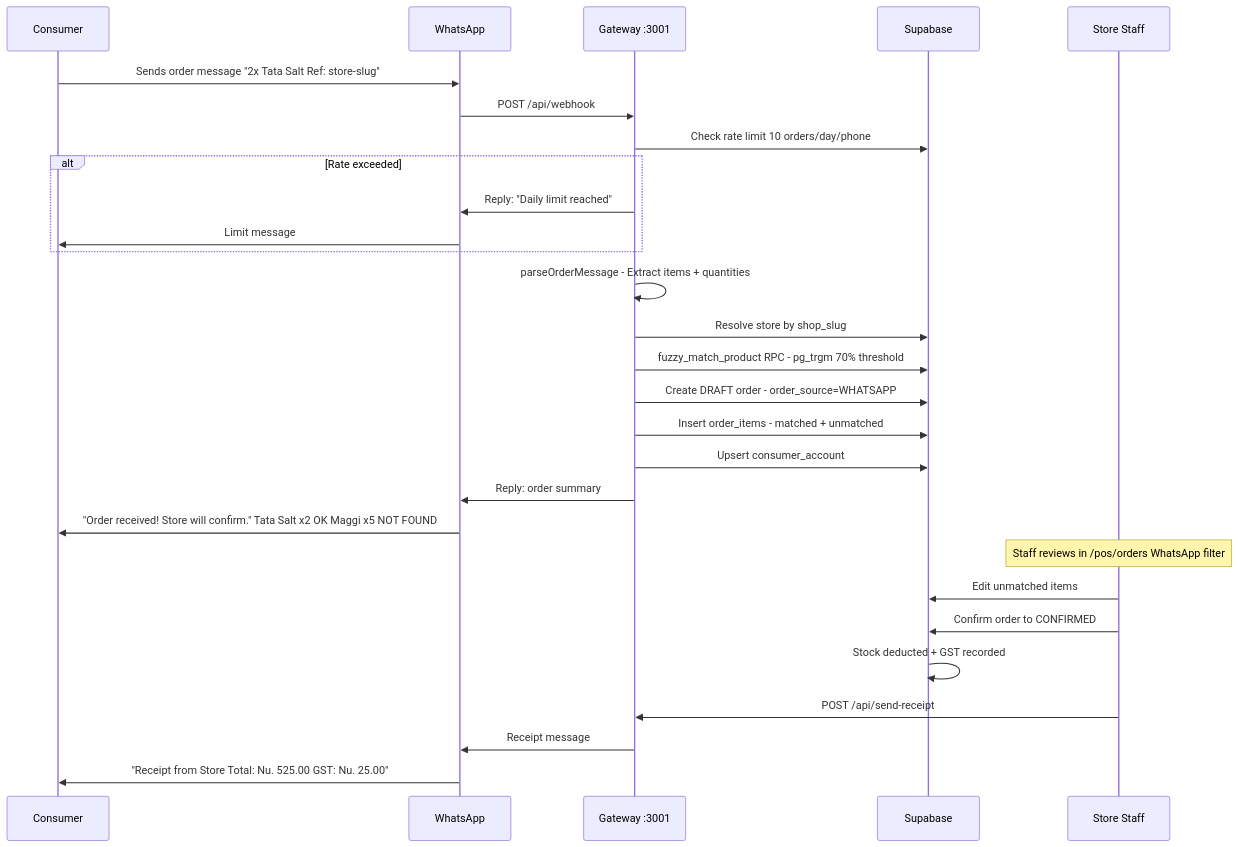
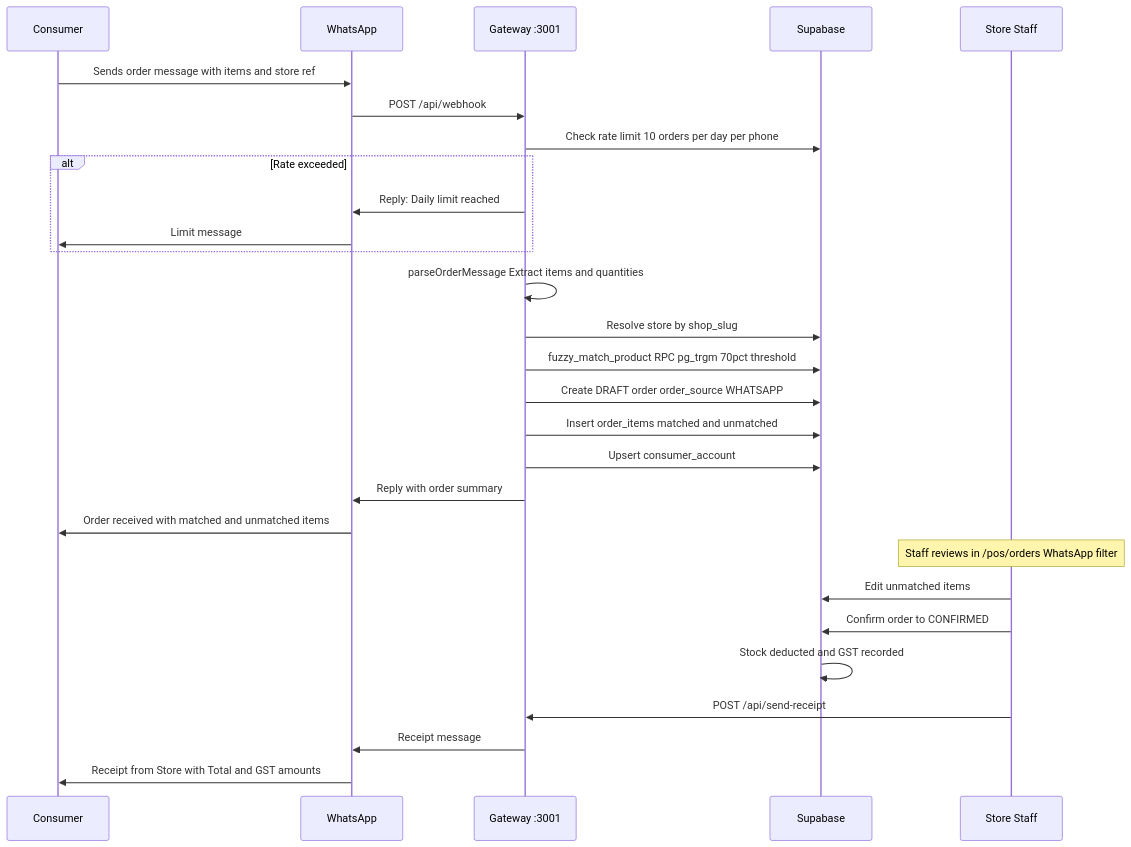
The eighth of 16 diagrams in docs/USER_FLOWS.md (gstposbhutan/edgePOS), drawn with Mermaid before and after one commit. The commit also changed other lines of this file, not shown here.

First line of the commit message:
fix: escape special characters in Mermaid diagrams for VS Code rendering

````diff
--- a/docs/USER_FLOWS.md
+++ b/docs/USER_FLOWS.md
@@ -331,35 +331,35 @@
 ```mermaid
 sequenceDiagram
     participant C as Consumer
     participant WA as WhatsApp
     participant GW as Gateway :3001
     participant DB as Supabase
     participant S as Store Staff
 
-    C->>WA: Sends order message "2x Tata Salt Ref: store-slug"
+    C->>WA: Sends order message with items and store ref
     WA->>GW: POST /api/webhook
     
-    GW->>DB: Check rate limit 10 orders/day/phone
+    GW->>DB: Check rate limit 10 orders per day per phone
     alt Rate exceeded
-        GW->>WA: Reply: "Daily limit reached"
+        GW->>WA: Reply: Daily limit reached
         WA->>C: Limit message
     end
     
-    GW->>GW: parseOrderMessage - Extract items + quantities
+    GW->>GW: parseOrderMessage Extract items and quantities
     GW->>DB: Resolve store by shop_slug
-    GW->>DB: fuzzy_match_product RPC - pg_trgm 70% threshold
-    GW->>DB: Create DRAFT order - order_source=WHATSAPP
-    GW->>DB: Insert order_items - matched + unmatched
+    GW->>DB: fuzzy_match_product RPC pg_trgm 70pct threshold
+    GW->>DB: Create DRAFT order order_source WHATSAPP
+    GW->>DB: Insert order_items matched and unmatched
     GW->>DB: Upsert consumer_account
     
-    GW->>WA: Reply: order summary
-    WA->>C: "Order received! Store will confirm." Tata Salt x2 OK Maggi x5 NOT FOUND
-    
+    GW->>WA: Reply with order summary
+    WA->>C: Order received with matched and unmatched items
+
     Note over S: Staff reviews in /pos/orders WhatsApp filter
     S->>DB: Edit unmatched items
     S->>DB: Confirm order to CONFIRMED
-    DB->>DB: Stock deducted + GST recorded
+    DB->>DB: Stock deducted and GST recorded
     S->>GW: POST /api/send-receipt
     GW->>WA: Receipt message
-    WA->>C: "Receipt from Store Total: Nu. 525.00 GST: Nu. 25.00"
+    WA->>C: Receipt from Store with Total and GST amounts
 ```
````
